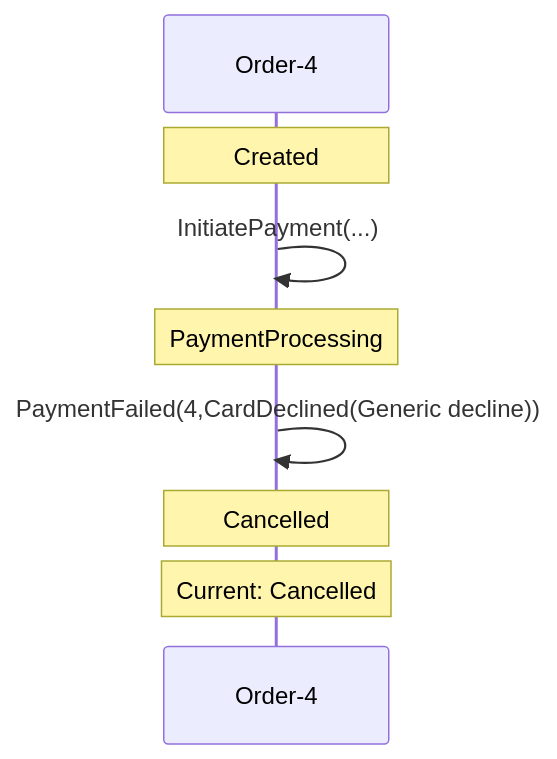
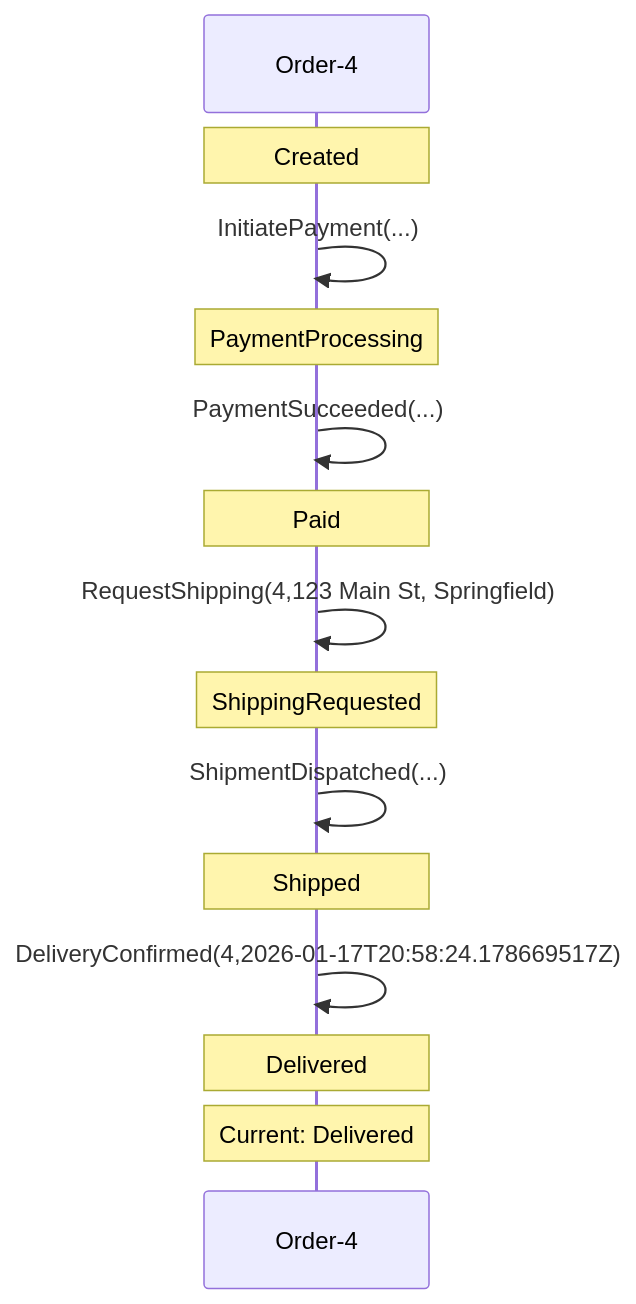
The first of 2 diagrams in docs/visualizations/order-4-trace.md (Iterable/mechanoid), drawn with Mermaid before and after one commit. The commit also changed other lines of this file and 10 other files, not shown here.

````diff
--- a/docs/visualizations/order-4-trace.md
+++ b/docs/visualizations/order-4-trace.md
@@ -32,10 +7,17 @@
 ```mermaid
 sequenceDiagram
     participant FSM as Order-4
     Note over FSM: Created
     FSM->>FSM: InitiatePayment(...)
     Note over FSM: PaymentProcessing
-    FSM->>FSM: PaymentFailed(4,CardDeclined(Generic decline))
-    Note over FSM: Cancelled
-    Note over FSM: Current: Cancelled
+    FSM->>FSM: PaymentSucceeded(...)
+    Note over FSM: Paid
+    FSM->>FSM: RequestShipping(4,123 Main St, Springfield)
+    Note over FSM: ShippingRequested
+    FSM->>FSM: ShipmentDispatched(...)
+    Note over FSM: Shipped
+    FSM->>FSM: DeliveryConfirmed(4,2026-01-17T20:58:24.178669517Z)
+    Note over FSM: Delivered
+    Note over FSM: Current: Delivered
+
 ```
````
